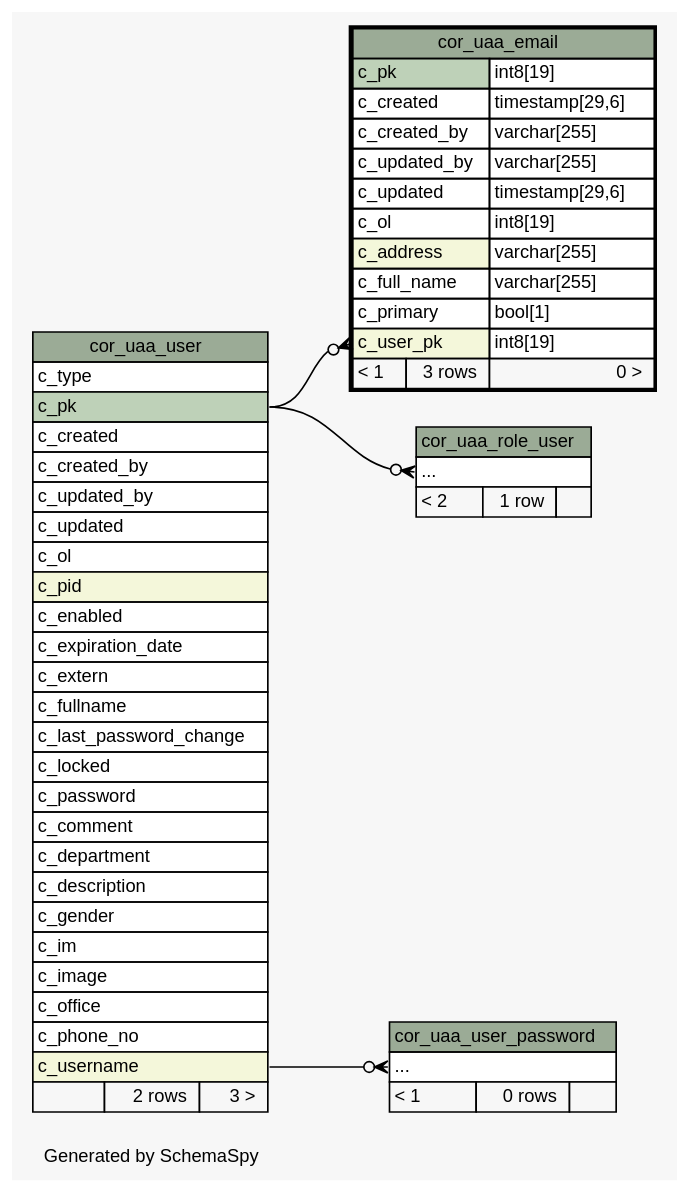
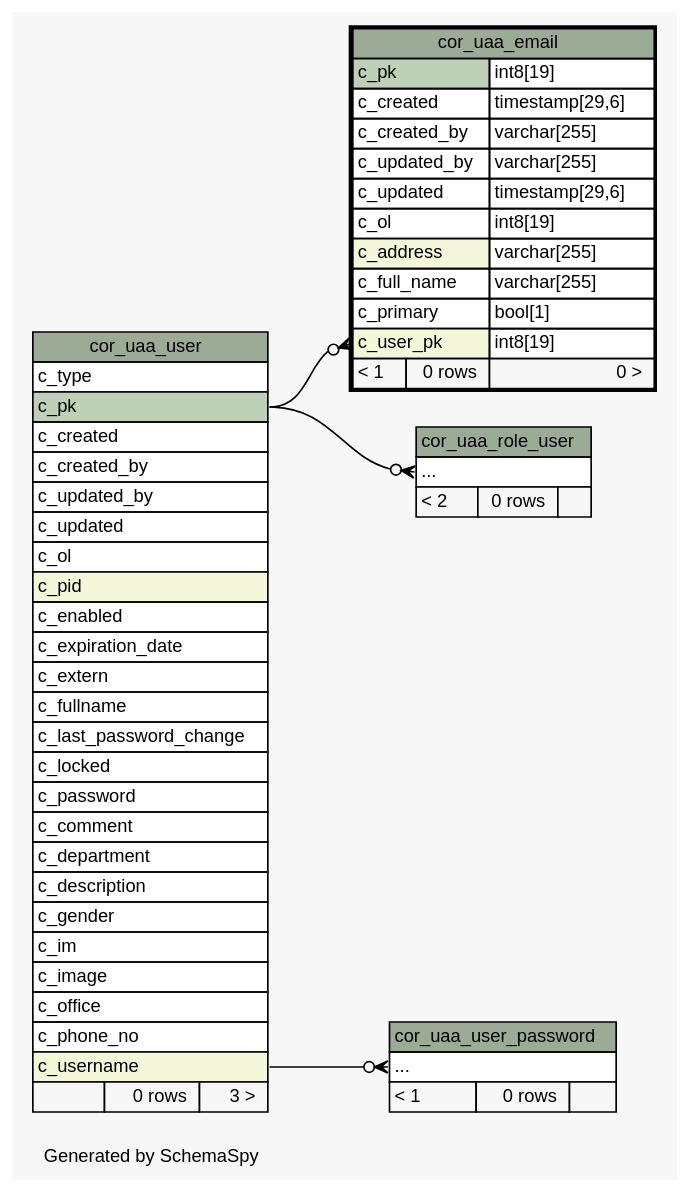
One commit to openwms/org.openwms.core.uaa changed the diagram in 2.0.0-SNAPSHOT/schemaspy/diagrams/cor_uaa_email.2degrees.dot. Above: the diagram before and after it, drawn with Graphviz. The commit also changed 242 other files, not shown here.

```diff
--- a/2.0.0-SNAPSHOT/schemaspy/diagrams/cor_uaa_email.2degrees.dot
+++ b/2.0.0-SNAPSHOT/schemaspy/diagrams/cor_uaa_email.2degrees.dot
@@ -1,97 +1,97 @@
-// dot 2.43.0 on Linux 6.2.0-1012-azure
+// dot 2.43.0 on Linux 6.2.0-1018-azure
 // SchemaSpy rev Unknown
 digraph "twoDegreesRelationshipsDiagram" {
   graph [
     rankdir="RL"
     bgcolor="#f7f7f7"
     label="\nGenerated by SchemaSpy"
     labeljust="l"
     nodesep="0.18"
     ranksep="0.46"
     fontname="Helvetica"
     fontsize="11"
   ];
   node [
     fontname="Helvetica"
     fontsize="11"
     shape="plaintext"
   ];
   edge [
     arrowsize="0.8"
   ];
   "cor_uaa_email":"c_user_pk":w -> "cor_uaa_user":"c_pk":e [arrowhead=none dir=back arrowtail=crowodot];
   "cor_uaa_role_user":"elipses":w -> "cor_uaa_user":"c_pk":e [arrowhead=none dir=back arrowtail=crowodot];
   "cor_uaa_user_password":"elipses":w -> "cor_uaa_user":"c_username":e [arrowhead=none dir=back arrowtail=crowodot];
   "cor_uaa_email" [
     label=<
     <TABLE BORDER="2" CELLBORDER="1" CELLSPACING="0" BGCOLOR="#ffffff">
       <TR><TD COLSPAN="3" BGCOLOR="#9bab96" ALIGN="CENTER">cor_uaa_email</TD></TR>
       <TR><TD PORT="c_pk" COLSPAN="2" BGCOLOR="#bed1b8" ALIGN="LEFT">c_pk</TD><TD PORT="c_pk.type" ALIGN="LEFT">int8[19]</TD></TR>
       <TR><TD PORT="c_created" COLSPAN="2" ALIGN="LEFT">c_created</TD><TD PORT="c_created.type" ALIGN="LEFT">timestamp[29,6]</TD></TR>
       <TR><TD PORT="c_created_by" COLSPAN="2" ALIGN="LEFT">c_created_by</TD><TD PORT="c_created_by.type" ALIGN="LEFT">varchar[255]</TD></TR>
       <TR><TD PORT="c_updated_by" COLSPAN="2" ALIGN="LEFT">c_updated_by</TD><TD PORT="c_updated_by.type" ALIGN="LEFT">varchar[255]</TD></TR>
       <TR><TD PORT="c_updated" COLSPAN="2" ALIGN="LEFT">c_updated</TD><TD PORT="c_updated.type" ALIGN="LEFT">timestamp[29,6]</TD></TR>
       <TR><TD PORT="c_ol" COLSPAN="2" ALIGN="LEFT">c_ol</TD><TD PORT="c_ol.type" ALIGN="LEFT">int8[19]</TD></TR>
       <TR><TD PORT="c_address" COLSPAN="2" BGCOLOR="#f4f7da" ALIGN="LEFT">c_address</TD><TD PORT="c_address.type" ALIGN="LEFT">varchar[255]</TD></TR>
       <TR><TD PORT="c_full_name" COLSPAN="2" ALIGN="LEFT">c_full_name</TD><TD PORT="c_full_name.type" ALIGN="LEFT">varchar[255]</TD></TR>
       <TR><TD PORT="c_primary" COLSPAN="2" ALIGN="LEFT">c_primary</TD><TD PORT="c_primary.type" ALIGN="LEFT">bool[1]</TD></TR>
       <TR><TD PORT="c_user_pk" COLSPAN="2" BGCOLOR="#f4f7da" ALIGN="LEFT">c_user_pk</TD><TD PORT="c_user_pk.type" ALIGN="LEFT">int8[19]</TD></TR>
-      <TR><TD ALIGN="LEFT" BGCOLOR="#f7f7f7">&lt; 1</TD><TD ALIGN="RIGHT" BGCOLOR="#f7f7f7">3 rows</TD><TD ALIGN="RIGHT" BGCOLOR="#f7f7f7">0 &gt;</TD></TR>
+      <TR><TD ALIGN="LEFT" BGCOLOR="#f7f7f7">&lt; 1</TD><TD ALIGN="RIGHT" BGCOLOR="#f7f7f7">0 rows</TD><TD ALIGN="RIGHT" BGCOLOR="#f7f7f7">0 &gt;</TD></TR>
     </TABLE>>
     URL="cor_uaa_email.html"
     tooltip="cor_uaa_email"
   ];
   "cor_uaa_role_user" [
     label=<
     <TABLE BORDER="0" CELLBORDER="1" CELLSPACING="0" BGCOLOR="#ffffff">
       <TR><TD COLSPAN="3" BGCOLOR="#9bab96" ALIGN="CENTER">cor_uaa_role_user</TD></TR>
       <TR><TD PORT="elipses" COLSPAN="3" ALIGN="LEFT">...</TD></TR>
-      <TR><TD ALIGN="LEFT" BGCOLOR="#f7f7f7">&lt; 2</TD><TD ALIGN="RIGHT" BGCOLOR="#f7f7f7">1 row</TD><TD ALIGN="RIGHT" BGCOLOR="#f7f7f7">  </TD></TR>
+      <TR><TD ALIGN="LEFT" BGCOLOR="#f7f7f7">&lt; 2</TD><TD ALIGN="RIGHT" BGCOLOR="#f7f7f7">0 rows</TD><TD ALIGN="RIGHT" BGCOLOR="#f7f7f7">  </TD></TR>
     </TABLE>>
     URL="cor_uaa_role_user.html"
     tooltip="cor_uaa_role_user"
   ];
   "cor_uaa_user" [
     label=<
     <TABLE BORDER="0" CELLBORDER="1" CELLSPACING="0" BGCOLOR="#ffffff">
       <TR><TD COLSPAN="3" BGCOLOR="#9bab96" ALIGN="CENTER">cor_uaa_user</TD></TR>
       <TR><TD PORT="c_type" COLSPAN="3" ALIGN="LEFT">c_type</TD></TR>
       <TR><TD PORT="c_pk" COLSPAN="3" BGCOLOR="#bed1b8" ALIGN="LEFT">c_pk</TD></TR>
       <TR><TD PORT="c_created" COLSPAN="3" ALIGN="LEFT">c_created</TD></TR>
       <TR><TD PORT="c_created_by" COLSPAN="3" ALIGN="LEFT">c_created_by</TD></TR>
       <TR><TD PORT="c_updated_by" COLSPAN="3" ALIGN="LEFT">c_updated_by</TD></TR>
       <TR><TD PORT="c_updated" COLSPAN="3" ALIGN="LEFT">c_updated</TD></TR>
       <TR><TD PORT="c_ol" COLSPAN="3" ALIGN="LEFT">c_ol</TD></TR>
       <TR><TD PORT="c_pid" COLSPAN="3" BGCOLOR="#f4f7da" ALIGN="LEFT">c_pid</TD></TR>
       <TR><TD PORT="c_enabled" COLSPAN="3" ALIGN="LEFT">c_enabled</TD></TR>
       <TR><TD PORT="c_expiration_date" COLSPAN="3" ALIGN="LEFT">c_expiration_date</TD></TR>
       <TR><TD PORT="c_extern" COLSPAN="3" ALIGN="LEFT">c_extern</TD></TR>
       <TR><TD PORT="c_fullname" COLSPAN="3" ALIGN="LEFT">c_fullname</TD></TR>
       <TR><TD PORT="c_last_password_change" COLSPAN="3" ALIGN="LEFT">c_last_password_change</TD></TR>
       <TR><TD PORT="c_locked" COLSPAN="3" ALIGN="LEFT">c_locked</TD></TR>
       <TR><TD PORT="c_password" COLSPAN="3" ALIGN="LEFT">c_password</TD></TR>
       <TR><TD PORT="c_comment" COLSPAN="3" ALIGN="LEFT">c_comment</TD></TR>
       <TR><TD PORT="c_department" COLSPAN="3" ALIGN="LEFT">c_department</TD></TR>
       <TR><TD PORT="c_description" COLSPAN="3" ALIGN="LEFT">c_description</TD></TR>
       <TR><TD PORT="c_gender" COLSPAN="3" ALIGN="LEFT">c_gender</TD></TR>
       <TR><TD PORT="c_im" COLSPAN="3" ALIGN="LEFT">c_im</TD></TR>
       <TR><TD PORT="c_image" COLSPAN="3" ALIGN="LEFT">c_image</TD></TR>
       <TR><TD PORT="c_office" COLSPAN="3" ALIGN="LEFT">c_office</TD></TR>
       <TR><TD PORT="c_phone_no" COLSPAN="3" ALIGN="LEFT">c_phone_no</TD></TR>
       <TR><TD PORT="c_username" COLSPAN="3" BGCOLOR="#f4f7da" ALIGN="LEFT">c_username</TD></TR>
-      <TR><TD ALIGN="LEFT" BGCOLOR="#f7f7f7">  </TD><TD ALIGN="RIGHT" BGCOLOR="#f7f7f7">2 rows</TD><TD ALIGN="RIGHT" BGCOLOR="#f7f7f7">3 &gt;</TD></TR>
+      <TR><TD ALIGN="LEFT" BGCOLOR="#f7f7f7">  </TD><TD ALIGN="RIGHT" BGCOLOR="#f7f7f7">0 rows</TD><TD ALIGN="RIGHT" BGCOLOR="#f7f7f7">3 &gt;</TD></TR>
     </TABLE>>
     URL="cor_uaa_user.html"
     tooltip="cor_uaa_user"
   ];
   "cor_uaa_user_password" [
     label=<
     <TABLE BORDER="0" CELLBORDER="1" CELLSPACING="0" BGCOLOR="#ffffff">
       <TR><TD COLSPAN="3" BGCOLOR="#9bab96" ALIGN="CENTER">cor_uaa_user_password</TD></TR>
       <TR><TD PORT="elipses" COLSPAN="3" ALIGN="LEFT">...</TD></TR>
       <TR><TD ALIGN="LEFT" BGCOLOR="#f7f7f7">&lt; 1</TD><TD ALIGN="RIGHT" BGCOLOR="#f7f7f7">0 rows</TD><TD ALIGN="RIGHT" BGCOLOR="#f7f7f7">  </TD></TR>
     </TABLE>>
     URL="cor_uaa_user_password.html"
     tooltip="cor_uaa_user_password"
   ];
 }
```
